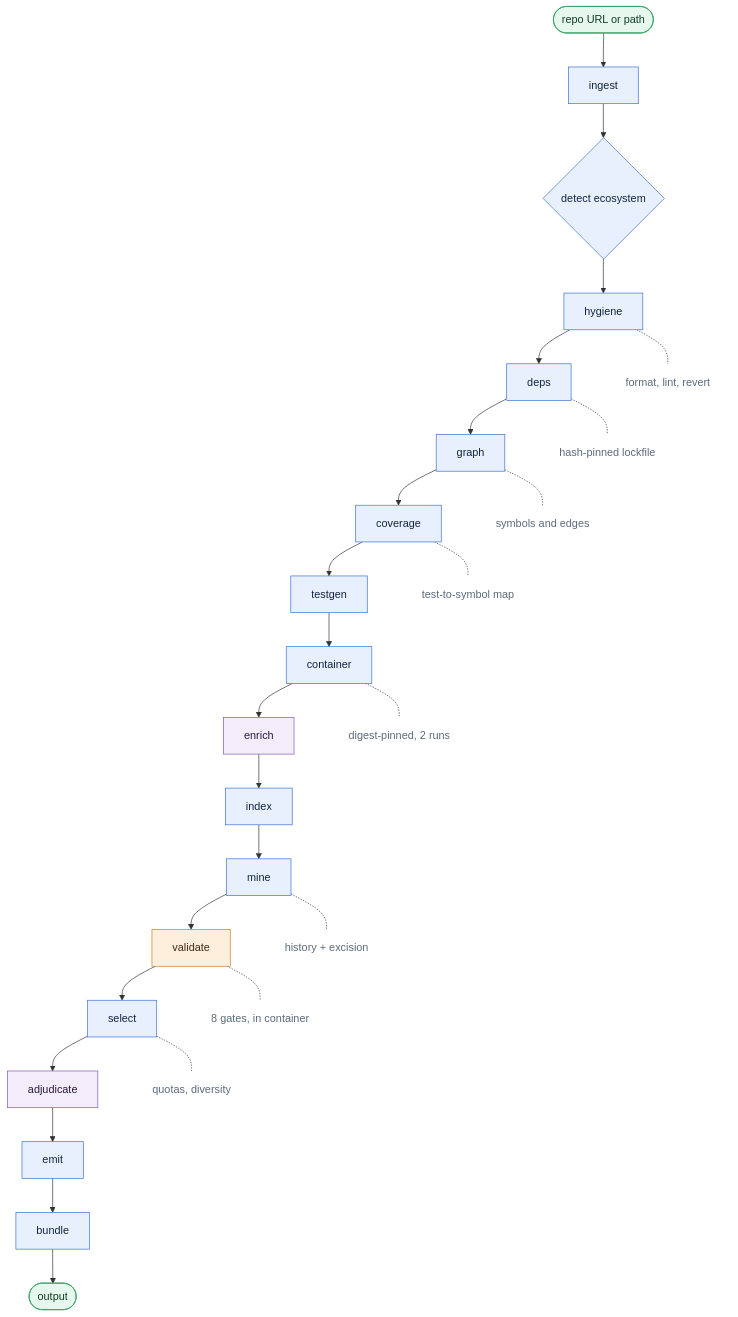
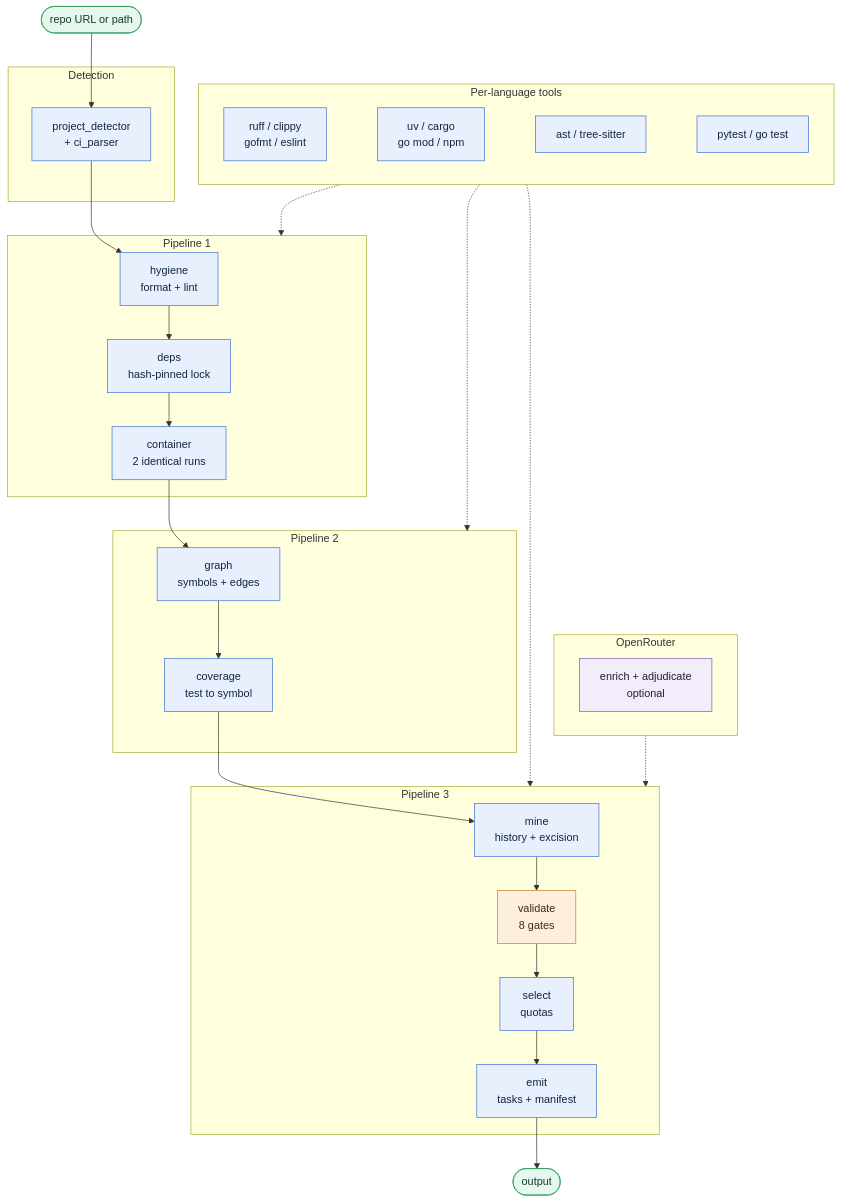
Before and after one commit to AdityaKaleeswarGK/LH2_take_home_assignment: the diagram in README.md, drawn with Mermaid. The commit also changed other lines of this file, not shown here.

Commit message:
docs: redraw architecture as a vertical spine with side satellites
The flat fifteen-node chain read as sprawl. Restructured into the shape that
actually communicates: one top-down spine of the three pipelines, with the
per-language toolchain and OpenRouter hanging off the side as things the
stages reach for rather than steps of their own.

Tool nodes are stacked with invisible links so the satellite stays narrow
instead of spreading horizontally. Every label line is 20 characters or fewer
and ASCII-only, since some markdown previews clip rather than wrap.

testgen, index and bundle are named in prose rather than drawn; they follow
from their neighbours and only added width.

````diff
--- a/README.md
+++ b/README.md
@@ -21,42 +25,61 @@
 ```mermaid
 flowchart TD
-    SRC([repo URL or path]) --> ING[ingest]
-    ING --> PROF{detect ecosystem}
+    SRC([repo URL or path]) --> DET
 
-    PROF --> HYG[hygiene]
-    HYG --> DEP[deps]
-    DEP --> GRA[graph]
-    GRA --> COV[coverage]
-    COV --> TGN[testgen]
-    TGN --> CON[container]
-    CON --> ENR[enrich]
-    ENR --> IDX[index]
-    IDX --> MIN[mine]
-    MIN --> VAL[validate]
-    VAL --> SEL[select]
-    SEL --> ADJ[adjudicate]
-    ADJ --> EMI[emit]
-    EMI --> BUN[bundle]
-    BUN --> OUT([output])
+    subgraph detect["Detection"]
+        DET[project_detector<br/>+ ci_parser]
+    end
 
-    HYG -.- N1[format, lint, revert]
-    DEP -.- N2[hash-pinned lockfile]
-    GRA -.- N3[symbols and edges]
-    COV -.- N4[test-to-symbol map]
-    CON -.- N5[digest-pinned, 2 runs]
-    MIN -.- N6[history + excision]
-    VAL -.- N7[8 gates, in container]
-    SEL -.- N8[quotas, diversity]
+    subgraph env["Pipeline 1"]
+        HYG[hygiene<br/>format + lint]
+        DEP[deps<br/>hash-pinned lock]
+        CON[container<br/>2 identical runs]
+        HYG --> DEP --> CON
+    end
+
+    subgraph know["Pipeline 2"]
+        GRA[graph<br/>symbols + edges]
+        COV[coverage<br/>test to symbol]
+        GRA --> COV
+    end
+
+    subgraph gen["Pipeline 3"]
+        MIN[mine<br/>history + excision]
+        VAL[validate<br/>8 gates]
+        SEL[select<br/>quotas]
+        EMI[emit<br/>tasks + manifest]
+        MIN --> VAL --> SEL --> EMI
+    end
+
+    subgraph tools["Per-language tools"]
+        T1[ruff / clippy<br/>gofmt / eslint]
+        T2[uv / cargo<br/>go mod / npm]
+        T3[ast / tree-sitter]
+        T4[pytest / go test]
+        T1 ~~~ T2 ~~~ T3 ~~~ T4
+    end
+
+    subgraph llm["OpenRouter"]
+        LLM[enrich + adjudicate<br/>optional]
+    end
+
+    DET --> HYG
+    CON --> GRA
+    COV --> MIN
+    EMI --> OUT([output])
+
+    tools -.-> env
+    tools -.-> know
+    tools -.-> gen
+    llm -.-> gen
 
     classDef stage fill:#e8f0fe,stroke:#3b6fd4,color:#12243d
     classDef gate fill:#fdefdc,stroke:#c47f2d,color:#3d2a12
     classDef model fill:#f3ecfb,stroke:#8257b5,color:#2a1a3d
     classDef io fill:#e6f7ed,stroke:#2f9e5f,color:#123d24
-    classDef note fill:#ffffff00,stroke:#ffffff00,color:#5b6b7c
 
-    class ING,HYG,DEP,GRA,COV,TGN,CON,IDX,MIN,SEL,EMI,BUN,PROF stage
+    class DET,HYG,DEP,CON,GRA,COV,MIN,SEL,EMI,T1,T2,T3,T4 stage
     class VAL gate
-    class ENR,ADJ model
+    class LLM model
     class SRC,OUT io
-    class N1,N2,N3,N4,N5,N6,N7,N8 note
 ```
````
